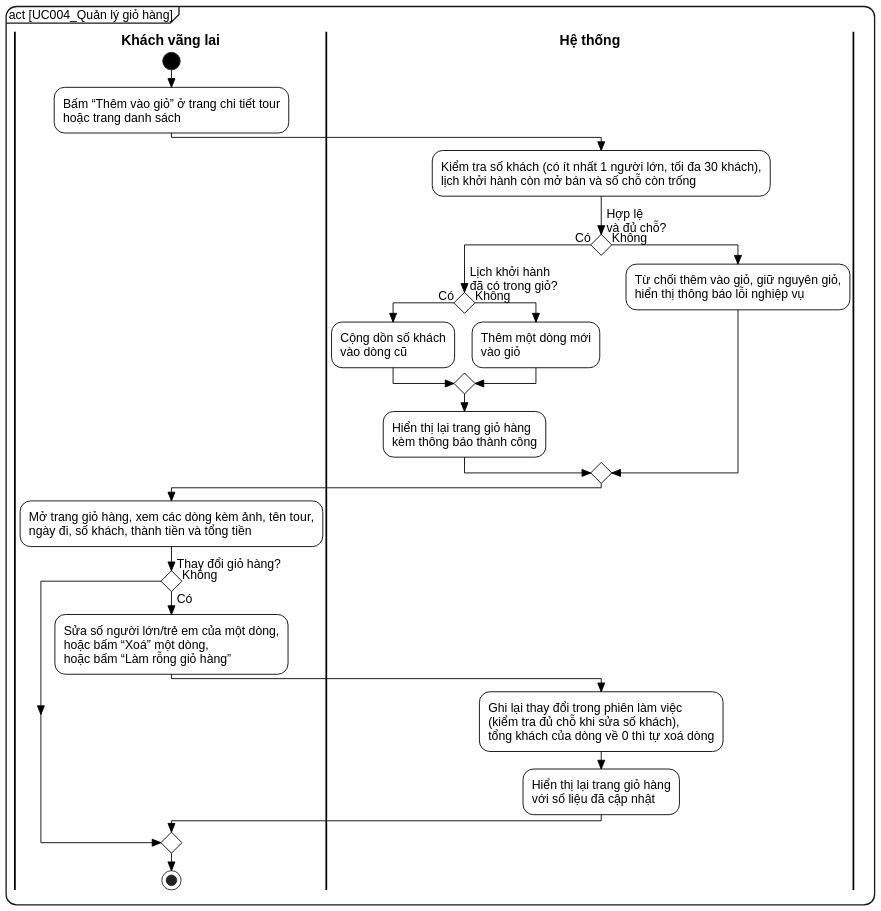
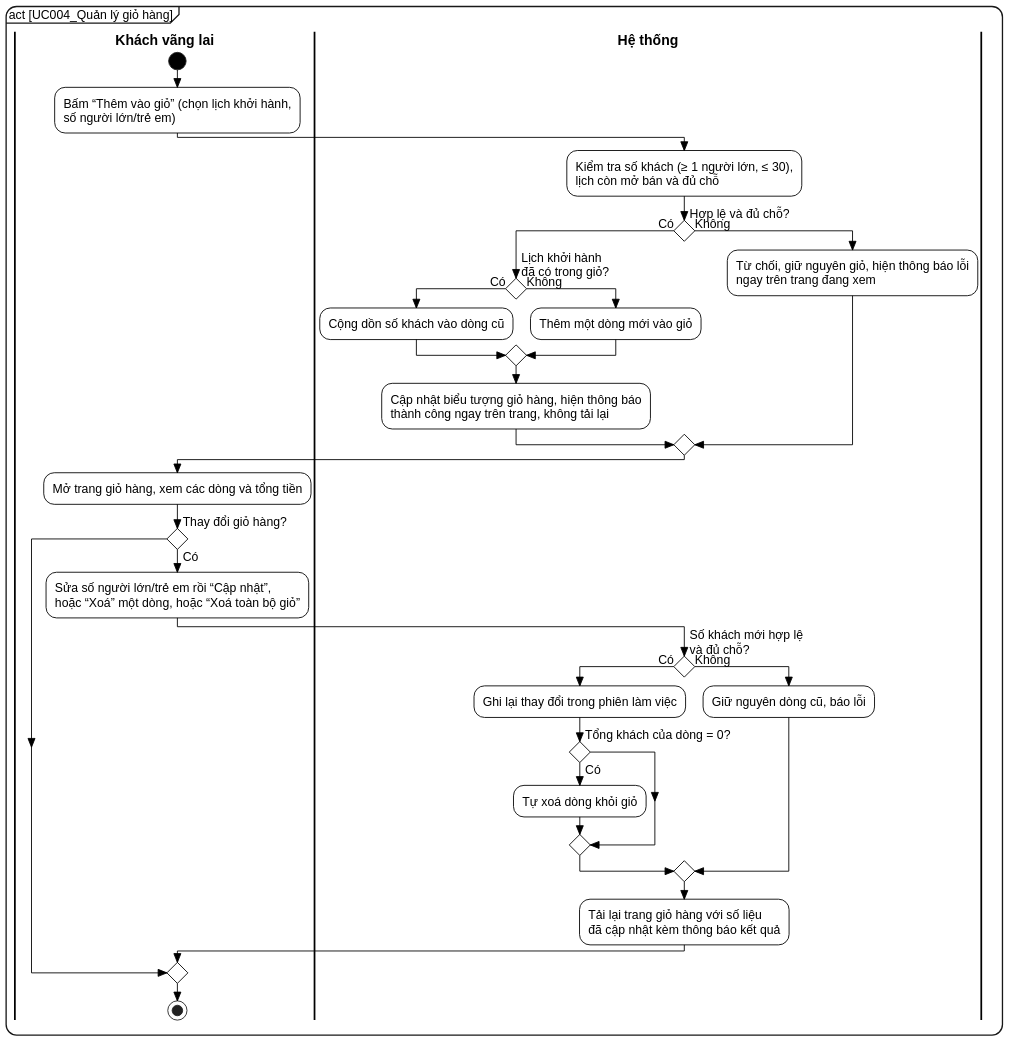
The diagram in docs/report/diagrams/src/UC004_activity.puml (kanele05/project_www), drawn with PlantUML before and after one commit. The commit also changed 104 other files, not shown here.

First line of the commit message:
Sắp xếp lại use case theo biểu đồ tổng quát: đánh số lại UC001–UC021, gộp quản lý danh mục, cập nhật đặc tả và sơ đồ

```diff
--- a/docs/report/diagrams/src/UC004_activity.puml
+++ b/docs/report/diagrams/src/UC004_activity.puml
@@ -1,56 +1,62 @@
 @startuml UC004_activity
 skinparam dpi 140
 skinparam defaultFontName "Liberation Sans"
 skinparam defaultFontSize 14
 skinparam backgroundColor white
 skinparam shadowing false
 skinparam RoundCorner 24
 skinparam ArrowColor black
 skinparam ArrowThickness 1.1
 skinparam ConditionStyle diamond
 skinparam ConditionEndStyle diamond
 skinparam style strictuml
 skinparam activity {
   BackgroundColor white
   BorderColor black
   BorderThickness 1
   DiamondBackgroundColor white
   DiamondBorderColor black
   StartColor black
   EndColor black
 }
 skinparam swimlane {
   BorderColor black
   BorderThickness 2
   TitleFontStyle bold
   TitleFontSize 16
 }
 skinparam wrapWidth 600
 mainframe act [UC004_Quản lý giỏ hàng]
 |Khách vãng lai|
 start
-:Bấm “Thêm vào giỏ” ở trang chi tiết tour\nhoặc trang danh sách;
+:Bấm “Thêm vào giỏ” (chọn lịch khởi hành,\nsố người lớn/trẻ em);
 |Hệ thống|
-:Kiểm tra số khách (có ít nhất 1 người lớn, tối đa 30 khách),\nlịch khởi hành còn mở bán và số chỗ còn trống;
-if (Hợp lệ\nvà đủ chỗ?) then (Có)
+:Kiểm tra số khách (≥ 1 người lớn, ≤ 30),\nlịch còn mở bán và đủ chỗ;
+if (Hợp lệ và đủ chỗ?) then (Có)
   if (Lịch khởi hành\nđã có trong giỏ?) then (Có)
-    :Cộng dồn số khách\nvào dòng cũ;
+    :Cộng dồn số khách vào dòng cũ;
   else (Không)
-    :Thêm một dòng mới\nvào giỏ;
+    :Thêm một dòng mới vào giỏ;
   endif
-  :Hiển thị lại trang giỏ hàng\nkèm thông báo thành công;
+  :Cập nhật biểu tượng giỏ hàng, hiện thông báo\nthành công ngay trên trang, không tải lại;
 else (Không)
-  :Từ chối thêm vào giỏ, giữ nguyên giỏ,\nhiển thị thông báo lỗi nghiệp vụ;
+  :Từ chối, giữ nguyên giỏ, hiện thông báo lỗi\nngay trên trang đang xem;
 endif
 |Khách vãng lai|
-:Mở trang giỏ hàng, xem các dòng kèm ảnh, tên tour,\nngày đi, số khách, thành tiền và tổng tiền;
+:Mở trang giỏ hàng, xem các dòng và tổng tiền;
 if (Thay đổi giỏ hàng?) then (Có)
-  :Sửa số người lớn/trẻ em của một dòng,\nhoặc bấm “Xoá” một dòng,\nhoặc bấm “Làm rỗng giỏ hàng”;
+  :Sửa số người lớn/trẻ em rồi “Cập nhật”,\nhoặc “Xoá” một dòng, hoặc “Xoá toàn bộ giỏ”;
   |Hệ thống|
-  :Ghi lại thay đổi trong phiên làm việc\n(kiểm tra đủ chỗ khi sửa số khách),\ntổng khách của dòng về 0 thì tự xoá dòng;
-  :Hiển thị lại trang giỏ hàng\nvới số liệu đã cập nhật;
-  |Khách vãng lai|
-else (Không)
+  if (Số khách mới hợp lệ\nvà đủ chỗ?) then (Có)
+    :Ghi lại thay đổi trong phiên làm việc;
+    if (Tổng khách của dòng = 0?) then (Có)
+      :Tự xoá dòng khỏi giỏ;
+    endif
+  else (Không)
+    :Giữ nguyên dòng cũ, báo lỗi;
+  endif
+  :Tải lại trang giỏ hàng với số liệu\nđã cập nhật kèm thông báo kết quả;
 endif
+|Khách vãng lai|
 stop
 @enduml
```
